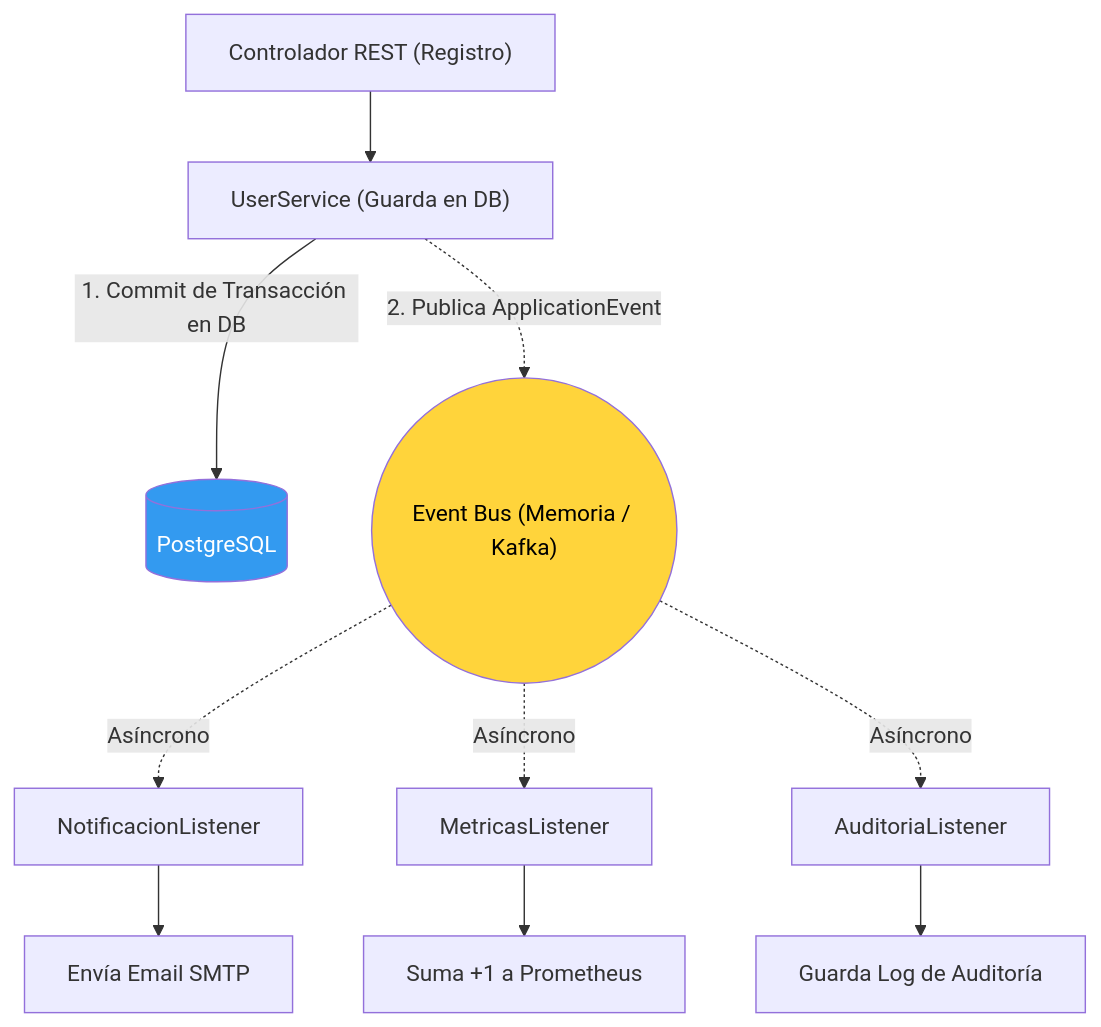
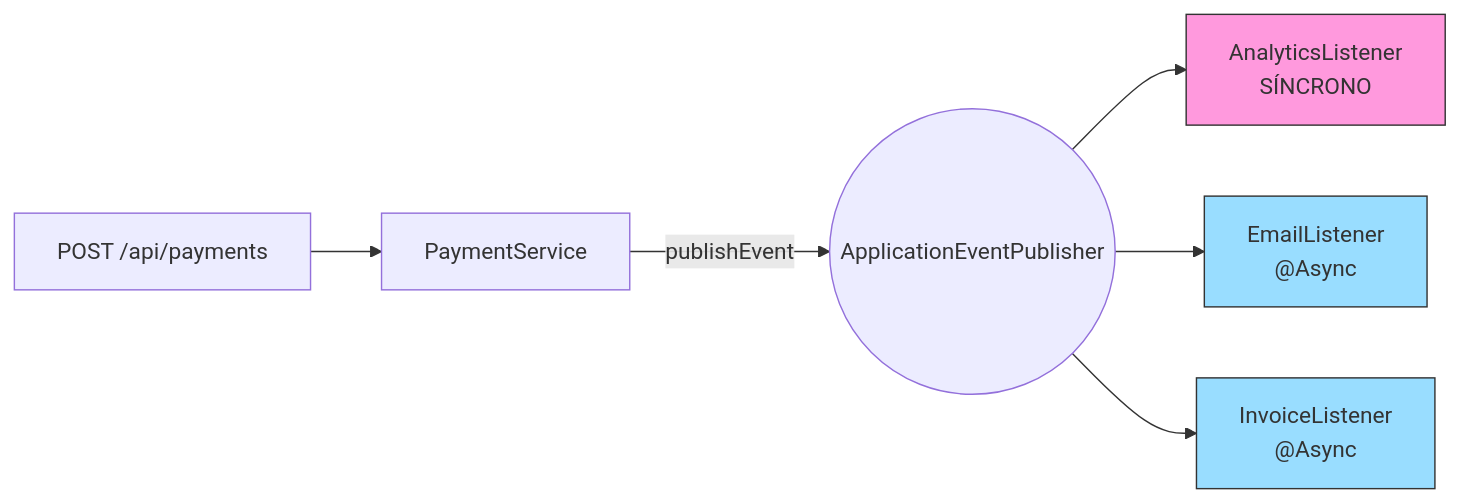
Before and after one commit to edgardo001/spring-v4-mastery-roadmap: the diagram in 40-event-driven/README.md, drawn with Mermaid. The commit also changed other lines of this file and 15 other files, not shown here.

First line of the commit message:
feat(40): event-driven with @Async @EventListener

````diff
--- a/40-event-driven/README.md
+++ b/40-event-driven/README.md
@@ -28,19 +15,11 @@
 ```mermaid
-graph TD
-    A["Controlador REST (Registro)"] --> B["UserService (Guarda en DB)"]
-    
-    B -->|1. Commit de Transacción en DB| DB[(PostgreSQL)]
-    
-    B -.->|2. Publica ApplicationEvent| BUS(("Event Bus (Memoria / Kafka)"))
-    
-    BUS -.->|Asíncrono| C["NotificacionListener"]
-    BUS -.->|Asíncrono| D["MetricasListener"]
-    BUS -.->|Asíncrono| E["AuditoriaListener"]
-    
-    C --> F["Envía Email SMTP"]
-    D --> G["Suma +1 a Prometheus"]
-    E --> H["Guarda Log de Auditoría"]
-
-    style BUS fill:#ffd43b,color:#000
-    style DB fill:#339af0,color:#fff
+flowchart LR
+    C["POST /api/payments"] --> S["PaymentService"]
+    S -- publishEvent --> BUS(("ApplicationEventPublisher"))
+    BUS --> A["AnalyticsListener<br/>SÍNCRONO"]
+    BUS --> E["EmailListener<br/>@Async"]
+    BUS --> I["InvoiceListener<br/>@Async"]
+    style A fill:#f9d,stroke:#333
+    style E fill:#9df,stroke:#333
+    style I fill:#9df,stroke:#333
 ```
````
